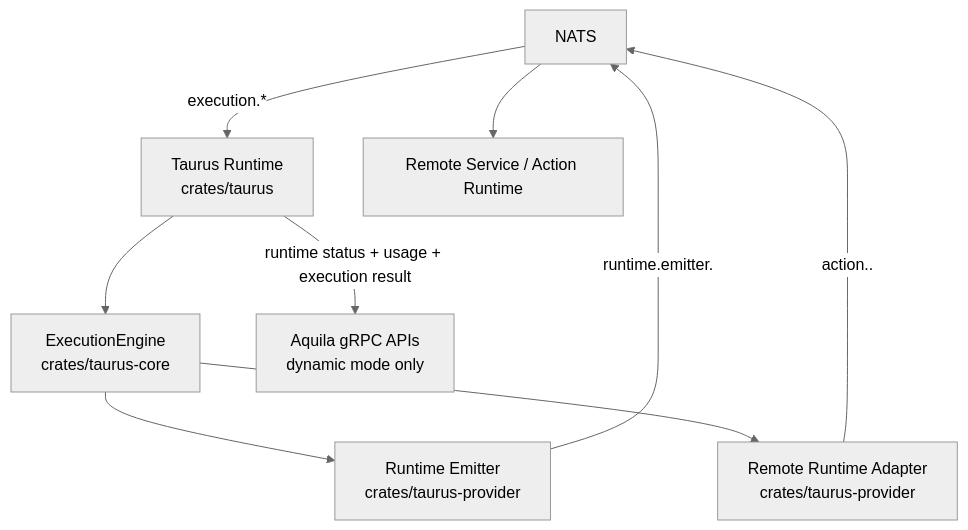
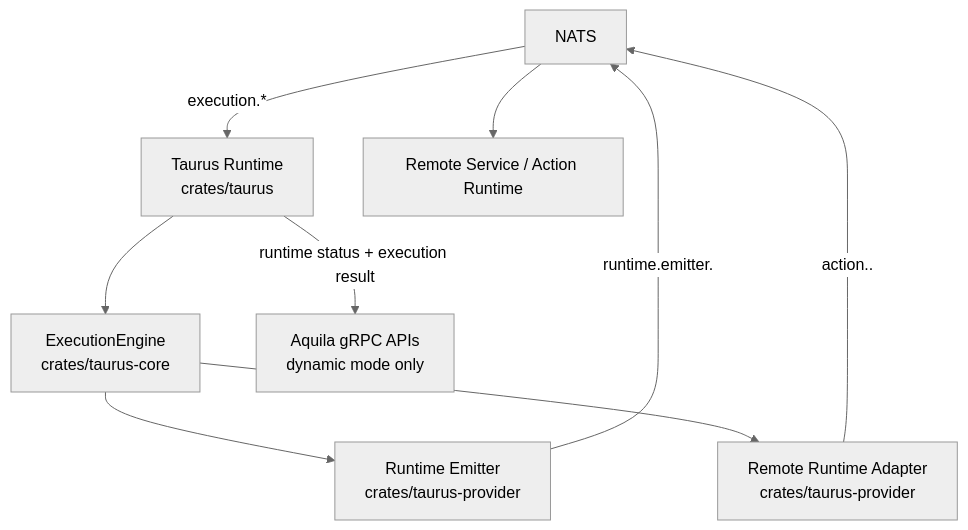
The diagram in docs/dev.md (code0-tech/taurus), drawn with Mermaid (neutral theme) before and after one commit. The commit also changed other lines of this file and 4 other files, not shown here.

Commit message:
drop: removed runtime usage service

````diff
--- a/docs/dev.md
+++ b/docs/dev.md
@@ -31,24 +31,24 @@
 ```mermaid
 graph TD
   NATS[NATS]
   Taurus[Taurus Runtime
   crates/taurus]
   Core[ExecutionEngine
   crates/taurus-core]
   Emitter[Runtime Emitter
   crates/taurus-provider]
   Remote[Remote Runtime Adapter
   crates/taurus-provider]
   Service[Remote Service / Action Runtime]
   Aquila[Aquila gRPC APIs
   dynamic mode only]
 
   NATS -->|execution.*| Taurus
   Taurus --> Core
   Core --> Emitter
   Emitter -->|runtime.emitter.<execution_id>| NATS
   Core --> Remote
   Remote -->|action.<service>.<execution_id>| NATS
   NATS --> Service
-  Taurus -->|runtime status + usage + execution result| Aquila
+  Taurus -->|runtime status + execution result| Aquila
 ```
````
